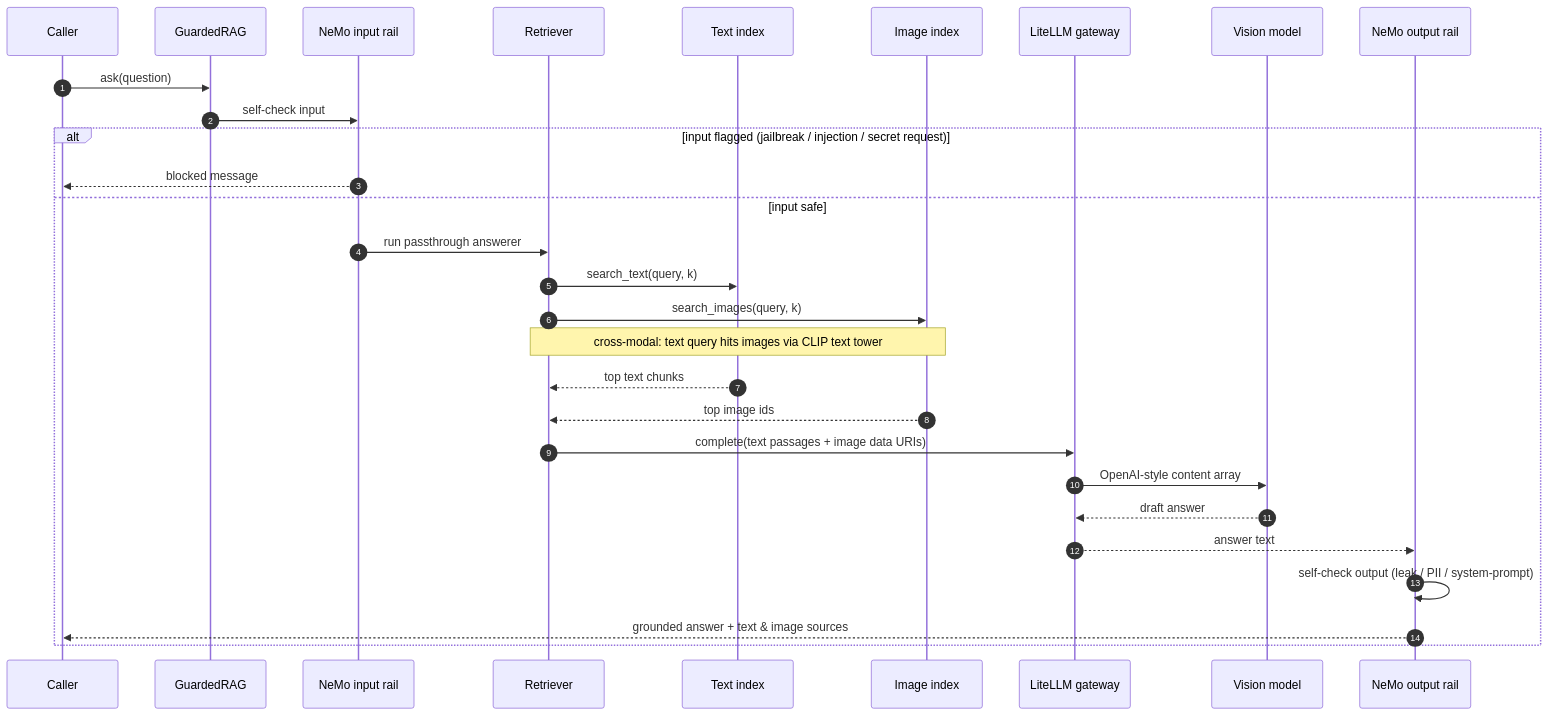
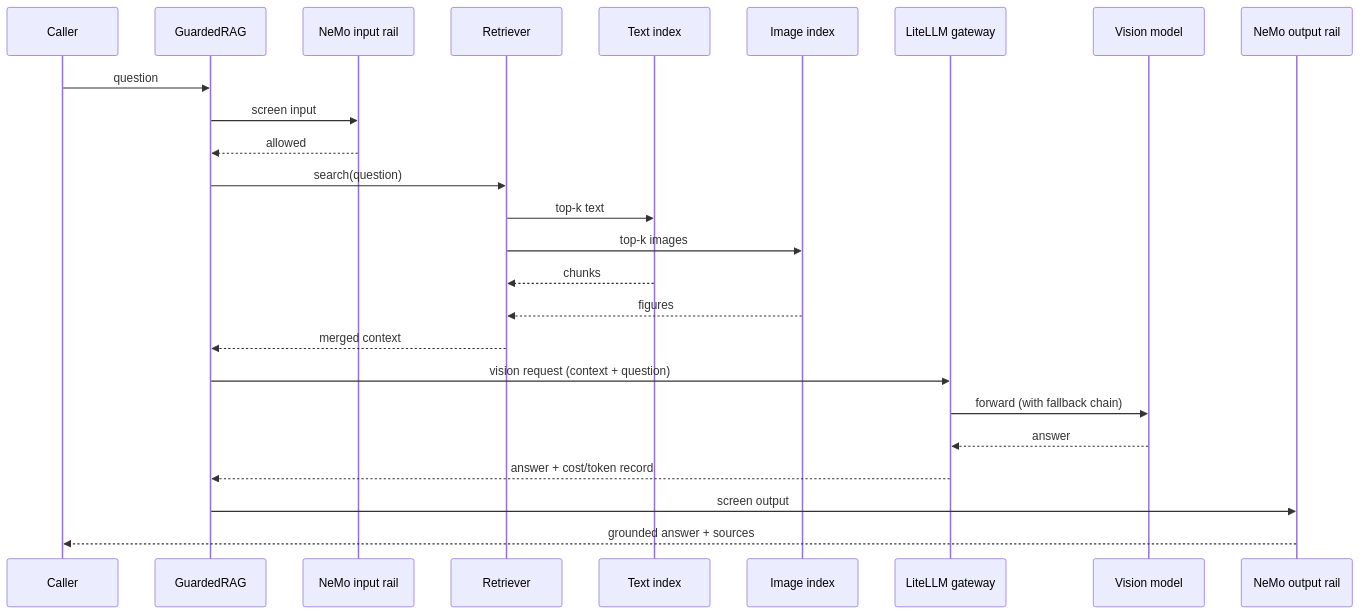
One commit to Amith-Ganta/multimodal-rag-guardrails changed the second of 3 diagrams in README.md. Above: the diagram before and after it, drawn with Mermaid. The commit also changed other lines of this file and 1 other file, not shown here.

````diff
--- a/README.md
+++ b/README.md
@@ -116,32 +70,28 @@
 ```mermaid
 sequenceDiagram
-    autonumber
-    participant U as Caller
-    participant G as GuardedRAG
-    participant NI as NeMo input rail
-    participant R as Retriever
-    participant TI as Text index
-    participant II as Image index
+    participant Caller
+    participant App as GuardedRAG
+    participant Rail as NeMo input rail
+    participant Retriever
+    participant TextIdx as Text index
+    participant ImgIdx as Image index
     participant GW as LiteLLM gateway
-    participant V as Vision model
-    participant NO as NeMo output rail
+    participant Model as Vision model
+    participant OutRail as NeMo output rail
 
-    U->>G: ask(question)
-    G->>NI: self-check input
-    alt input flagged (jailbreak / injection / secret request)
-        NI-->>U: blocked message
-    else input safe
-        NI->>R: run passthrough answerer
-        R->>TI: search_text(query, k)
-        R->>II: search_images(query, k)
-        Note over R,II: cross-modal: text query hits images via CLIP text tower
-        TI-->>R: top text chunks
-        II-->>R: top image ids
-        R->>GW: complete(text passages + image data URIs)
-        GW->>V: OpenAI-style content array
-        V-->>GW: draft answer
-        GW-->>NO: answer text
-        NO->>NO: self-check output (leak / PII / system-prompt)
-        NO-->>U: grounded answer + text & image sources
-    end
+    Caller->>App: question
+    App->>Rail: screen input
+    Rail-->>App: allowed
+    App->>Retriever: search(question)
+    Retriever->>TextIdx: top-k text
+    Retriever->>ImgIdx: top-k images
+    TextIdx-->>Retriever: chunks
+    ImgIdx-->>Retriever: figures
+    Retriever-->>App: merged context
+    App->>GW: vision request (context + question)
+    GW->>Model: forward (with fallback chain)
+    Model-->>GW: answer
+    GW-->>App: answer + cost/token record
+    App->>OutRail: screen output
+    OutRail-->>Caller: grounded answer + sources
 ```
````
